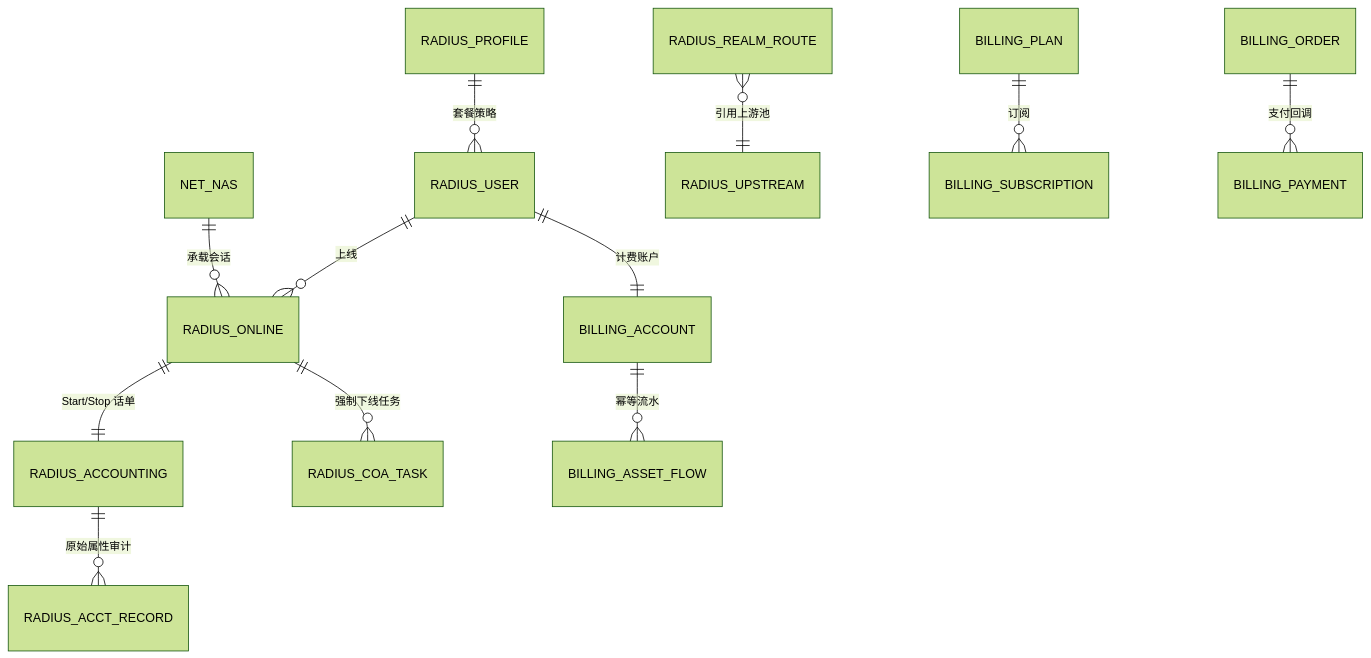
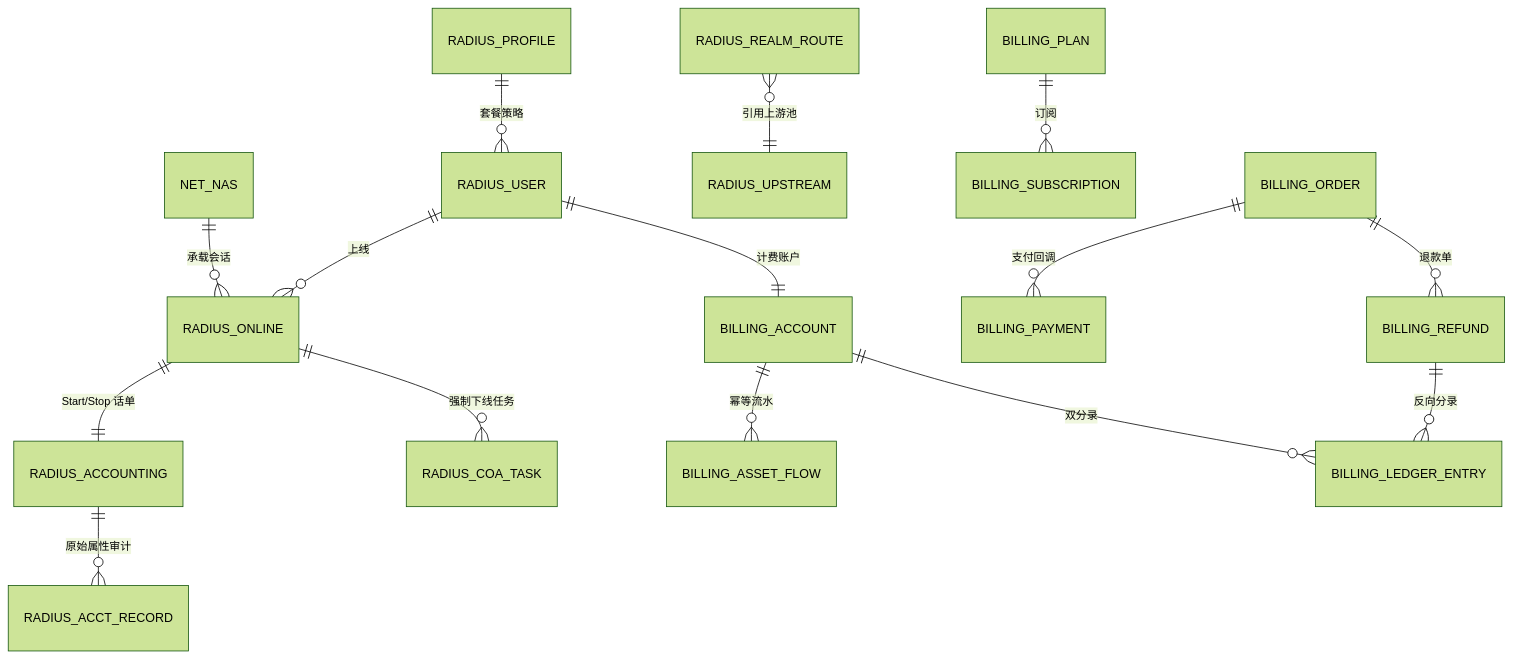
One commit to fanchaoping37/toughradius changed the eighth of 8 diagrams in docs/PROJECT-GUIDE.md. Above: the diagram before and after it, drawn with Mermaid (forest theme). The commit also changed other lines of this file and 4 other files, not shown here.

Commit message:
docs: update architecture baseline for commercial finance closure

````diff
--- a/docs/PROJECT-GUIDE.md
+++ b/docs/PROJECT-GUIDE.md
@@ -270,14 +299,17 @@
 ```mermaid
 erDiagram
     NET_NAS ||--o{ RADIUS_ONLINE : "承载会话"
     RADIUS_USER ||--o{ RADIUS_ONLINE : "上线"
     RADIUS_PROFILE ||--o{ RADIUS_USER : "套餐策略"
     RADIUS_ONLINE ||--|| RADIUS_ACCOUNTING : "Start/Stop 话单"
     RADIUS_ACCOUNTING ||--o{ RADIUS_ACCT_RECORD : "原始属性审计"
     RADIUS_REALM_ROUTE }o--|| RADIUS_UPSTREAM : "引用上游池"
     BILLING_PLAN ||--o{ BILLING_SUBSCRIPTION : "订阅"
     RADIUS_USER ||--|| BILLING_ACCOUNT : "计费账户"
     BILLING_ACCOUNT ||--o{ BILLING_ASSET_FLOW : "幂等流水"
     BILLING_ORDER ||--o{ BILLING_PAYMENT : "支付回调"
+    BILLING_ORDER ||--o{ BILLING_REFUND : "退款单"
+    BILLING_ACCOUNT ||--o{ BILLING_LEDGER_ENTRY : "双分录"
+    BILLING_REFUND ||--o{ BILLING_LEDGER_ENTRY : "反向分录"
     RADIUS_ONLINE ||--o{ RADIUS_COA_TASK : "强制下线任务"
 ```
````
